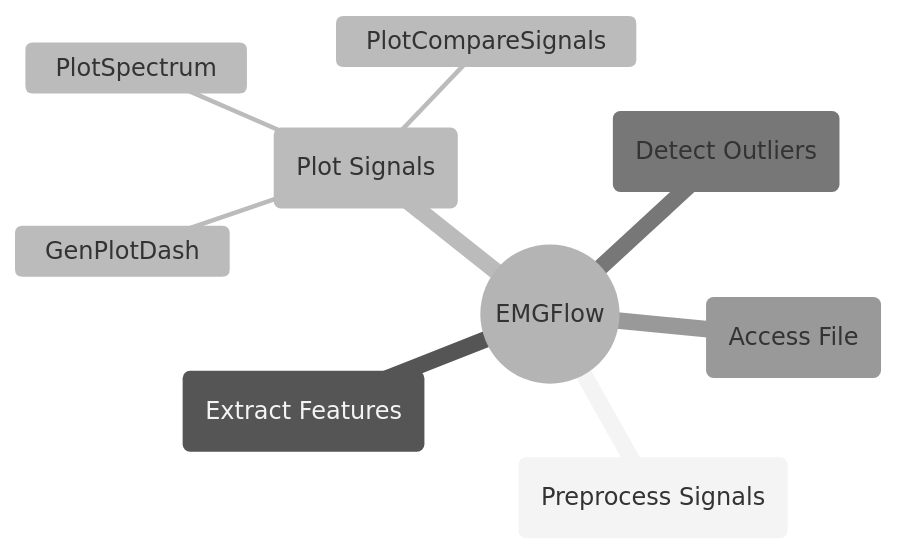
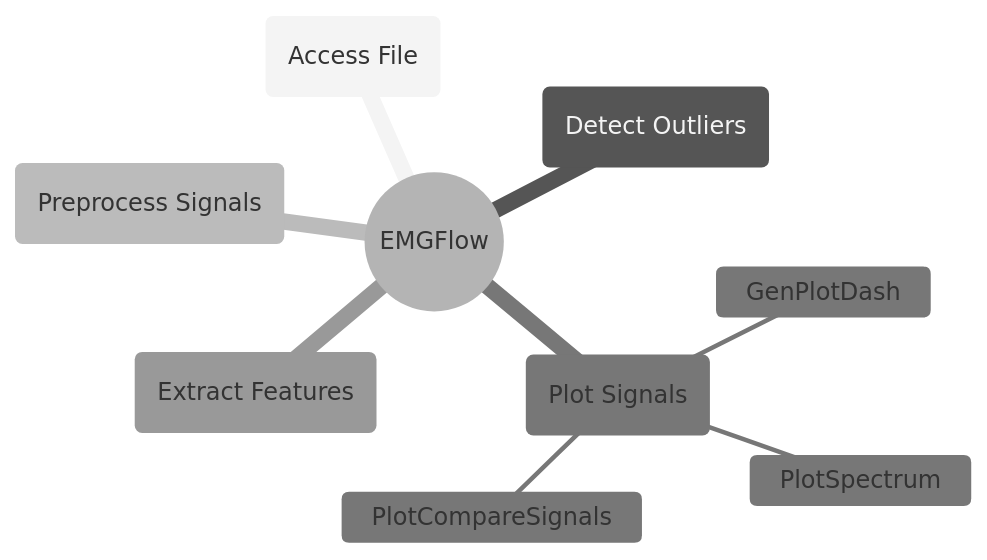
The diagram in docs/reference/plot-signals.md (WiIIson/EMGFlow-Python-Package), drawn with Mermaid (neutral theme) before and after one commit. The commit also changed other lines of this file and 6 other files, not shown here.

````diff
--- a/docs/reference/plot-signals.md
+++ b/docs/reference/plot-signals.md
@@ -7,12 +7,12 @@
 ```mermaid
 mindmap
     root((EMGFlow))
+        AF(Access File)
+        DO(Detect Outliers)
         PrS(Preprocess Signals)
-        EF(Extract Features)
         PlS(Plot Signals)
             GenPlotDash
             PlotSpectrum
             PlotCompareSignals
-        DO(Detect Outliers)
-        AF(Access File)
+        EF(Extract Features)
 ```
````
